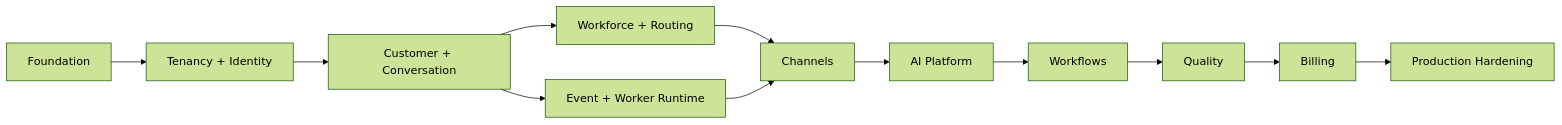
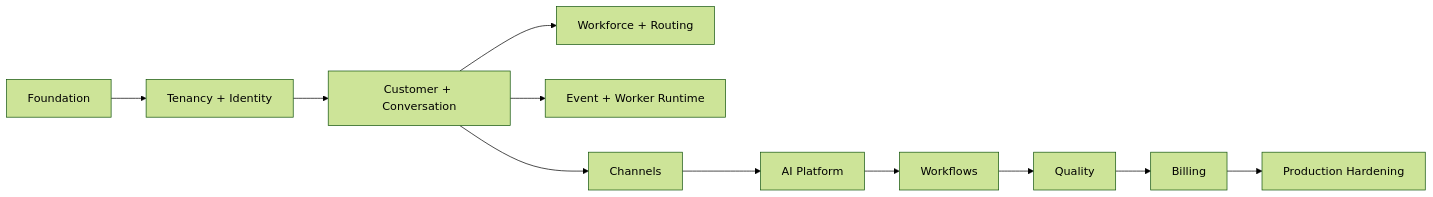
Before and after one commit to D-engahmed/OMILINKS: the diagram in docs/Tickets/README.md, drawn with Mermaid (forest theme). The commit also changed 1 other file, not shown here.

Commit message:
docs: link the ticket backlog and correct channel dependencies

````diff
--- a/docs/Tickets/README.md
+++ b/docs/Tickets/README.md
@@ -187,14 +187,13 @@
 ```mermaid
 flowchart LR
 F[Foundation] --> T[Tenancy + Identity]
 T --> C[Customer + Conversation]
 C --> W[Workforce + Routing]
 C --> E[Event + Worker Runtime]
-W --> CH[Channels]
-E --> CH
+C --> CH[Channels]
 CH --> AI[AI Platform]
 AI --> WF[Workflows]
 WF --> Q[Quality]
 Q --> B[Billing]
 B --> H[Production Hardening]
 ```
````
